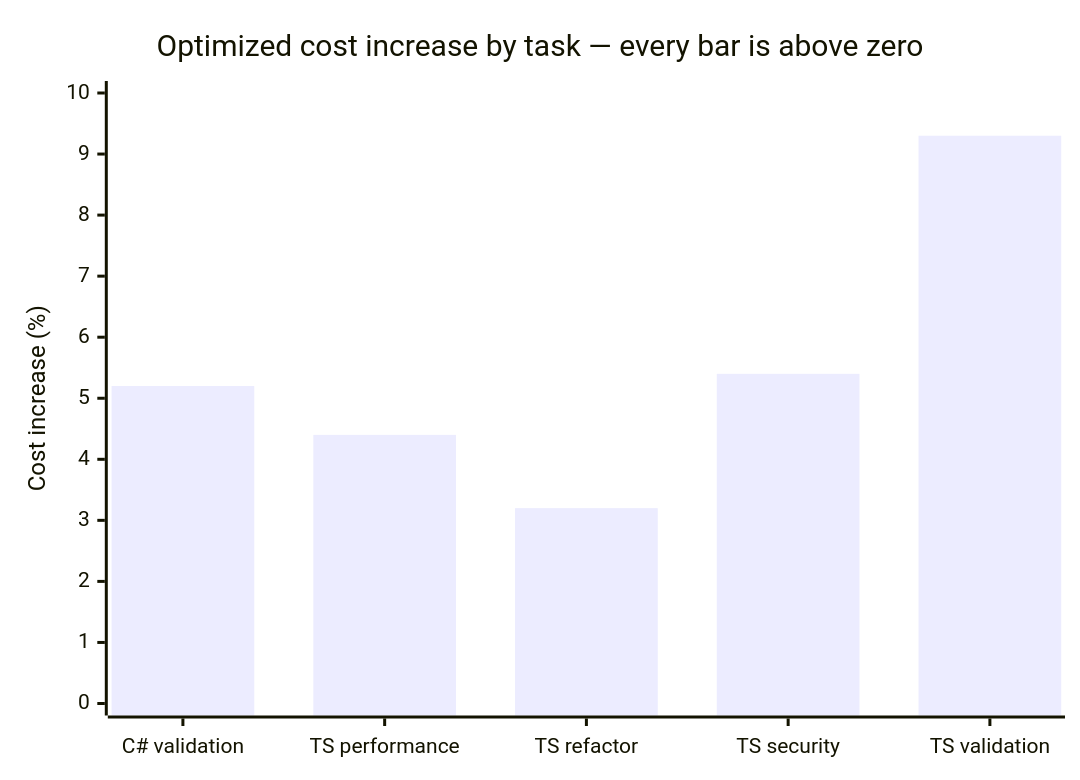
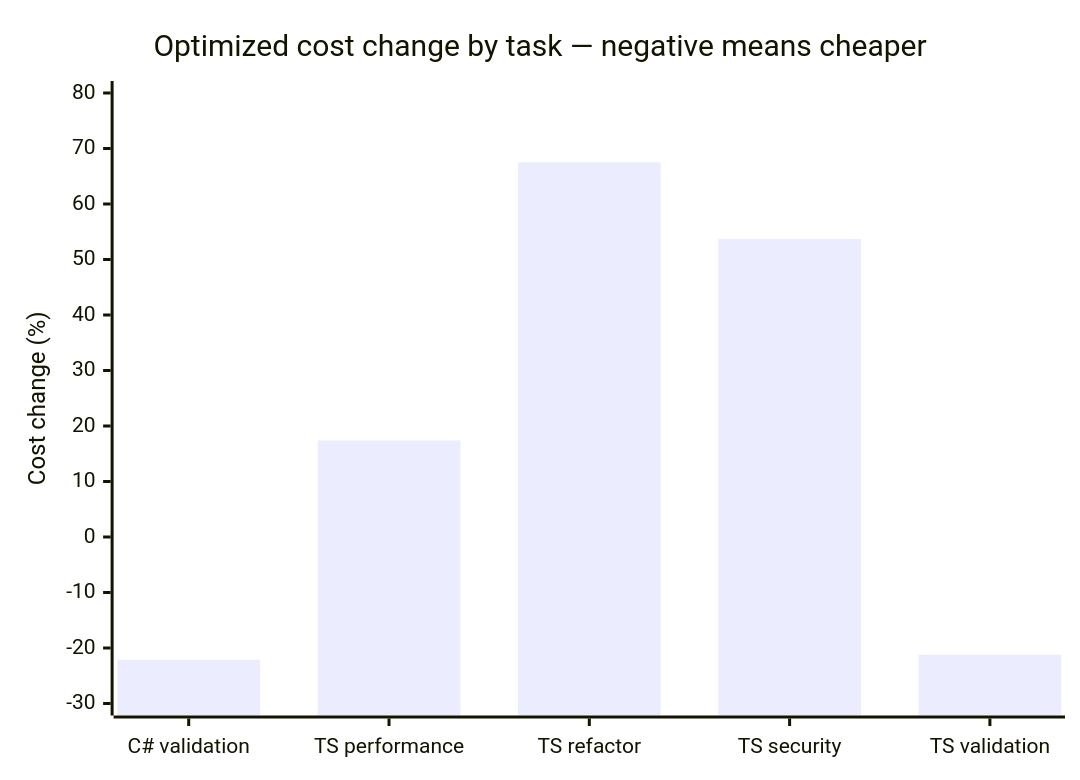
The fourth of 4 diagrams in docs/benchmarks/results-deepseek-flash.md (GabrielAlmeidaFlores/OPENCODE-TOOL-ENHANCER), drawn with Mermaid before and after one commit. The commit also changed other lines of this file and 72 other files, not shown here.

````diff
--- a/docs/benchmarks/results-deepseek-flash.md
+++ b/docs/benchmarks/results-deepseek-flash.md
@@ -101,7 +113,7 @@
 ```mermaid
 xychart-beta
-    title "Optimized cost increase by task — every bar is above zero"
+    title "Optimized cost change by task — negative means cheaper"
     x-axis ["C# validation", "TS performance", "TS refactor", "TS security", "TS validation"]
-    y-axis "Cost increase (%)" 0 --> 10
-    bar [5.2, 4.4, 3.2, 5.4, 9.3]
+    y-axis "Cost change (%)" -30 --> 80
+    bar [-22.1, 17.4, 67.5, 53.7, -21.2]
 ```
````
